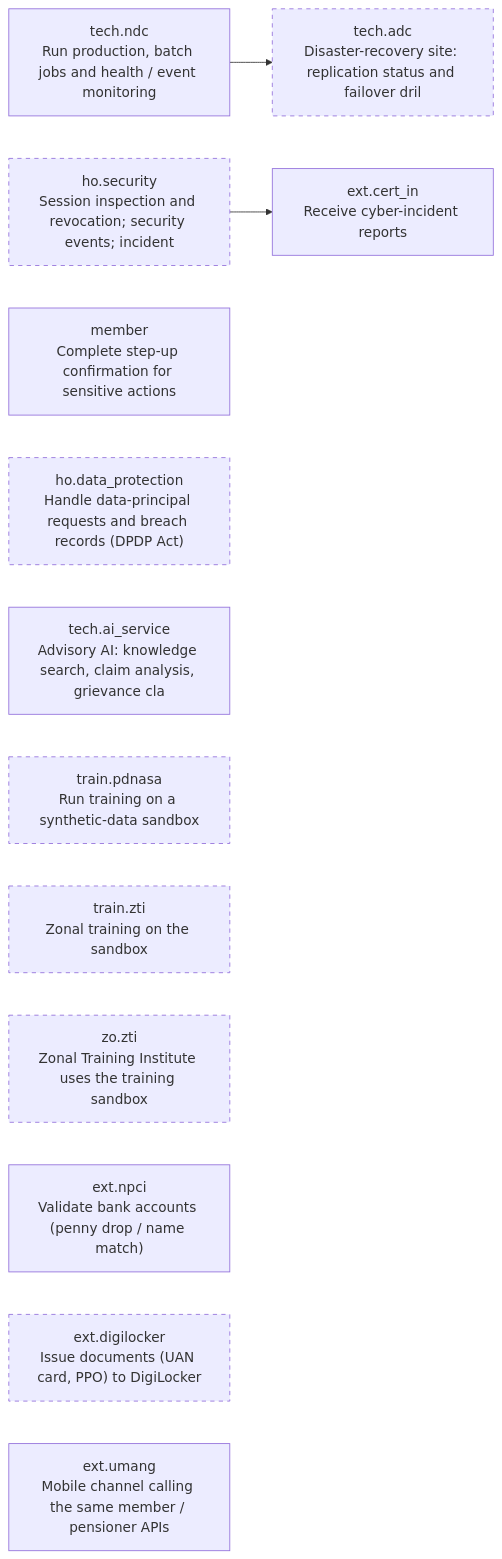
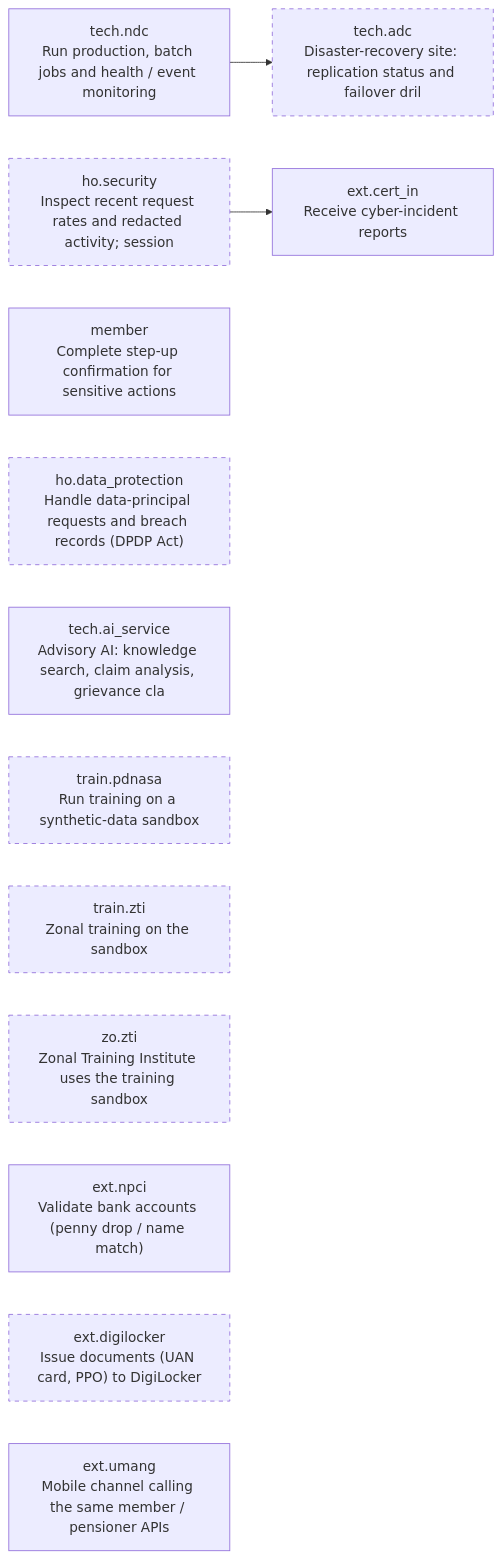
Diagram 14 of 14 in docs/stakeholder-api-sets.md (gauravmeena0708/pf-life), drawn with Mermaid before and after one commit. The commit also changed other lines of this file and 27 other files, not shown here.

Commit message:
Expand public lookup options and add security activity view

````diff
--- a/docs/stakeholder-api-sets.md
+++ b/docs/stakeholder-api-sets.md
@@ -1776,25 +1777,25 @@
 ```mermaid
 flowchart LR
   F14_ndc["tech.ndc<br/>Run production, batch jobs and health / event monitoring"]
   F14_adc["tech.adc<br/>Disaster-recovery site: replication status and failover dril"]
   style F14_adc stroke-dasharray: 5 5
-  F14_security["ho.security<br/>Session inspection and revocation; security events; incident"]
+  F14_security["ho.security<br/>Inspect recent request rates and redacted activity; session "]
   style F14_security stroke-dasharray: 5 5
   F14_cert_in["ext.cert_in<br/>Receive cyber-incident reports"]
   F14_step_up["member<br/>Complete step-up confirmation for sensitive actions"]
   F14_privacy["ho.data_protection<br/>Handle data-principal requests and breach records (DPDP Act)"]
   style F14_privacy stroke-dasharray: 5 5
   F14_ai["tech.ai_service<br/>Advisory AI: knowledge search, claim analysis, grievance cla"]
   F14_training["train.pdnasa<br/>Run training on a synthetic-data sandbox"]
   style F14_training stroke-dasharray: 5 5
   F14_zti["train.zti<br/>Zonal training on the sandbox"]
   style F14_zti stroke-dasharray: 5 5
   F14_zti_zo["zo.zti<br/>Zonal Training Institute uses the training sandbox"]
   style F14_zti_zo stroke-dasharray: 5 5
   F14_npci["ext.npci<br/>Validate bank accounts (penny drop / name match)"]
   F14_digilocker["ext.digilocker<br/>Issue documents (UAN card, PPO) to DigiLocker"]
   style F14_digilocker stroke-dasharray: 5 5
   F14_umang["ext.umang<br/>Mobile channel calling the same member / pensioner APIs"]
   F14_ndc --> F14_adc
   F14_security --> F14_cert_in
 ```
````
